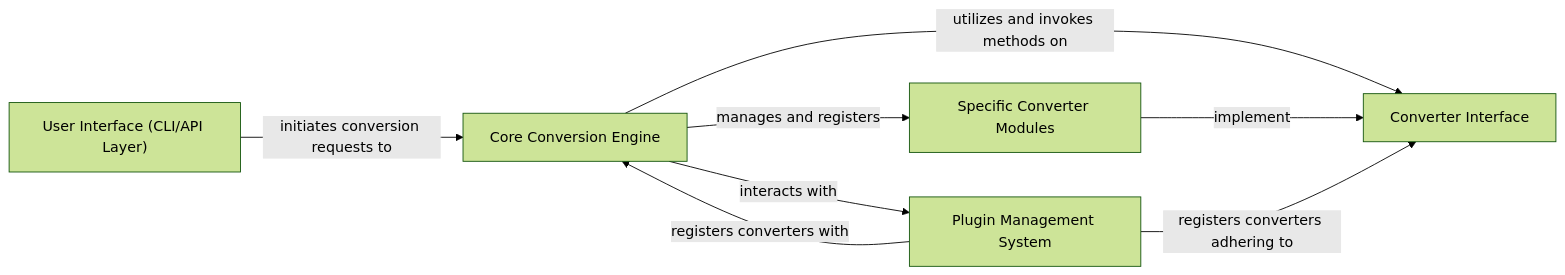
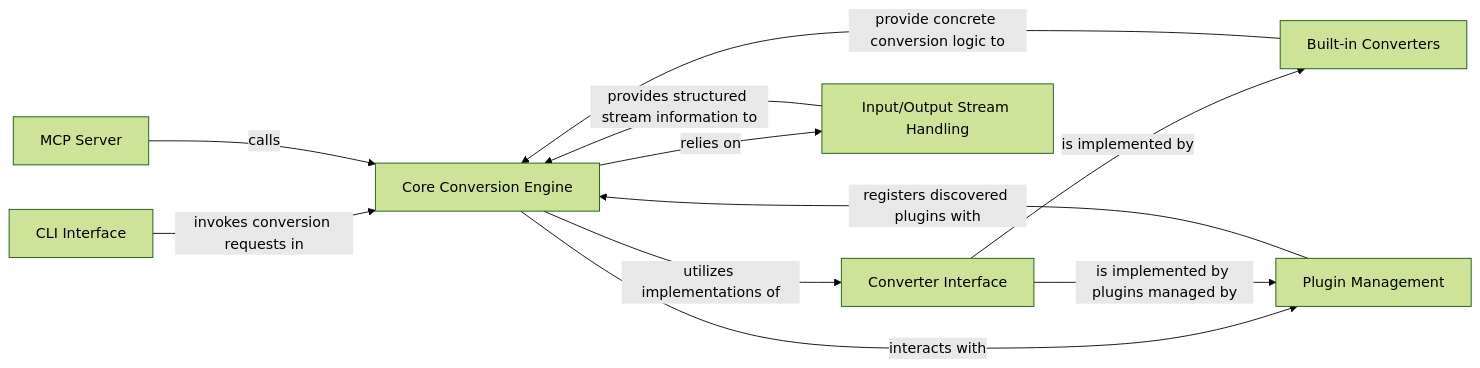
The diagram in markitdown/on_boarding.md (CodeBoarding/GeneratedOnBoardings), drawn with Mermaid (forest theme) before and after one commit. The commit also changed other lines of this file, not shown here.

````diff
--- a/markitdown/on_boarding.md
+++ b/markitdown/on_boarding.md
@@ -1,15 +1,20 @@
 ```mermaid
 graph LR
-    User_Interface_CLI_API_Layer_["User Interface (CLI/API Layer)"]
+    CLI_Interface["CLI Interface"]
     Core_Conversion_Engine["Core Conversion Engine"]
     Converter_Interface["Converter Interface"]
-    Specific_Converter_Modules["Specific Converter Modules"]
-    Plugin_Management_System["Plugin Management System"]
-    User_Interface_CLI_API_Layer_ -- "initiates conversion requests to" --> Core_Conversion_Engine
-    Core_Conversion_Engine -- "utilizes and invokes methods on" --> Converter_Interface
-    Core_Conversion_Engine -- "manages and registers" --> Specific_Converter_Modules
-    Core_Conversion_Engine -- "interacts with" --> Plugin_Management_System
-    Specific_Converter_Modules -- "implement" --> Converter_Interface
-    Plugin_Management_System -- "registers converters with" --> Core_Conversion_Engine
-    Plugin_Management_System -- "registers converters adhering to" --> Converter_Interface
+    Built_in_Converters["Built-in Converters"]
+    Plugin_Management["Plugin Management"]
+    MCP_Server["MCP Server"]
+    Input_Output_Stream_Handling["Input/Output Stream Handling"]
+    CLI_Interface -- "invokes conversion requests in" --> Core_Conversion_Engine
+    Core_Conversion_Engine -- "utilizes implementations of" --> Converter_Interface
+    Core_Conversion_Engine -- "interacts with" --> Plugin_Management
+    Core_Conversion_Engine -- "relies on" --> Input_Output_Stream_Handling
+    Converter_Interface -- "is implemented by" --> Built_in_Converters
+    Converter_Interface -- "is implemented by plugins managed by" --> Plugin_Management
+    Built_in_Converters -- "provide concrete conversion logic to" --> Core_Conversion_Engine
+    Plugin_Management -- "registers discovered plugins with" --> Core_Conversion_Engine
+    MCP_Server -- "calls" --> Core_Conversion_Engine
+    Input_Output_Stream_Handling -- "provides structured stream information to" --> Core_Conversion_Engine
 ```
````
